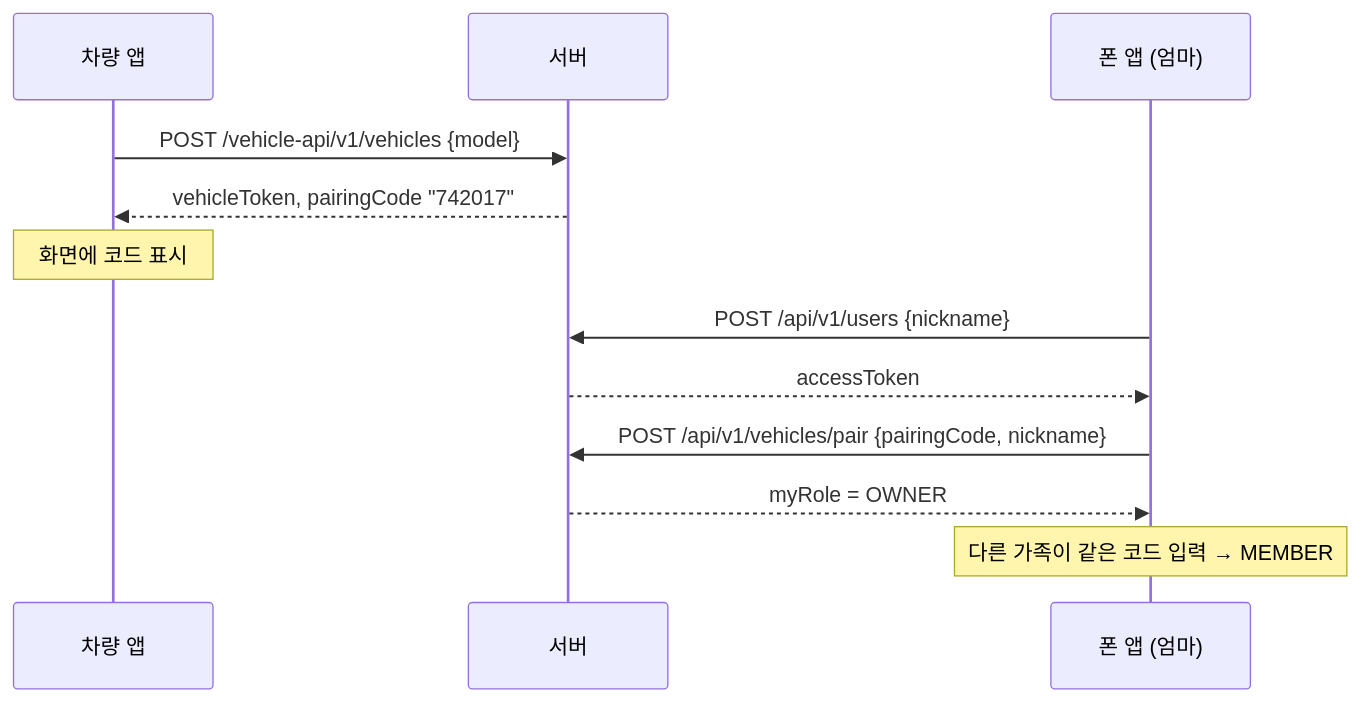
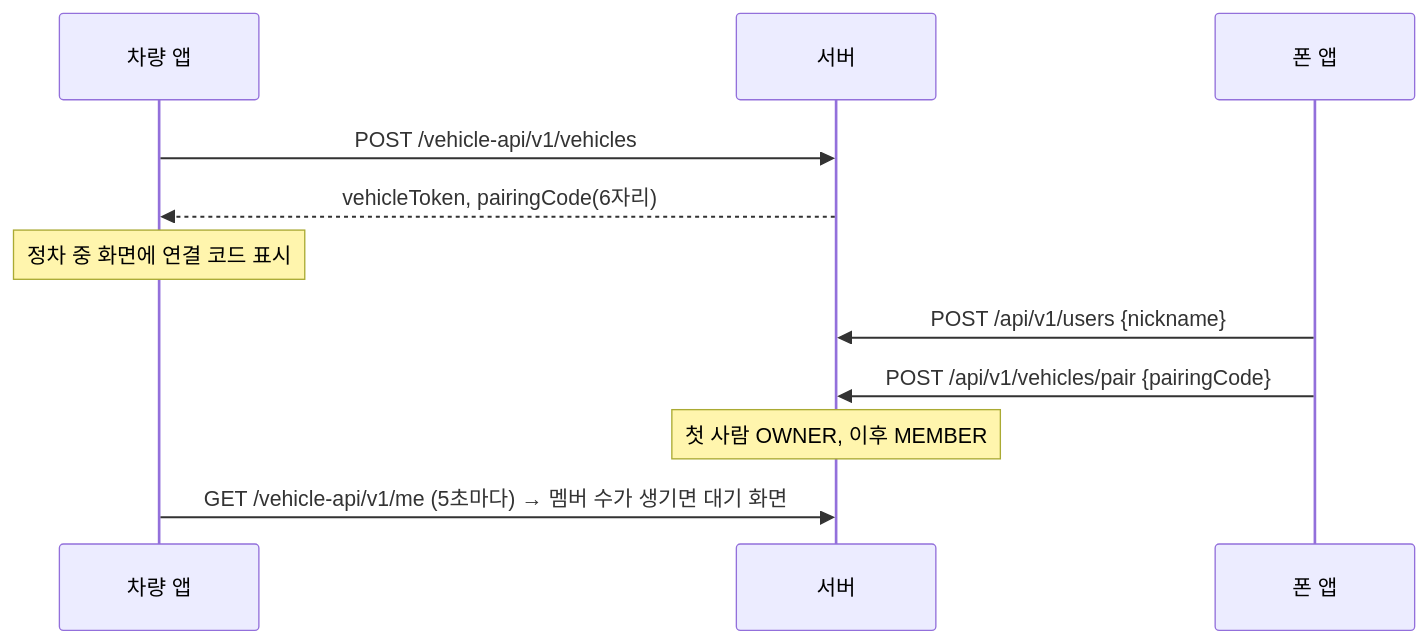
One commit to HyunPer/BE changed the third of 4 diagrams in docs/DESIGN.md. Above: the diagram before and after it, drawn with Mermaid. The commit also changed other lines of this file and 47 other files, not shown here.

````diff
--- a/docs/DESIGN.md
+++ b/docs/DESIGN.md
@@ -60,14 +51,13 @@
 ```mermaid
 sequenceDiagram
   participant V as 차량 앱
   participant S as 서버
-  participant P as 폰 앱 (엄마)
-  V->>S: POST /vehicle-api/v1/vehicles {model}
-  S-->>V: vehicleToken, pairingCode "742017"
-  Note over V: 화면에 코드 표시
+  participant P as 폰 앱
+  V->>S: POST /vehicle-api/v1/vehicles
+  S-->>V: vehicleToken, pairingCode(6자리)
+  Note over V: 정차 중 화면에 연결 코드 표시
   P->>S: POST /api/v1/users {nickname}
-  S-->>P: accessToken
-  P->>S: POST /api/v1/vehicles/pair {pairingCode, nickname}
-  S-->>P: myRole = OWNER
-  Note over P: 다른 가족이 같은 코드 입력 → MEMBER
+  P->>S: POST /api/v1/vehicles/pair {pairingCode}
+  Note over S: 첫 사람 OWNER, 이후 MEMBER
+  V->>S: GET /vehicle-api/v1/me (5초마다) → 멤버 수가 생기면 대기 화면
 ```
````
